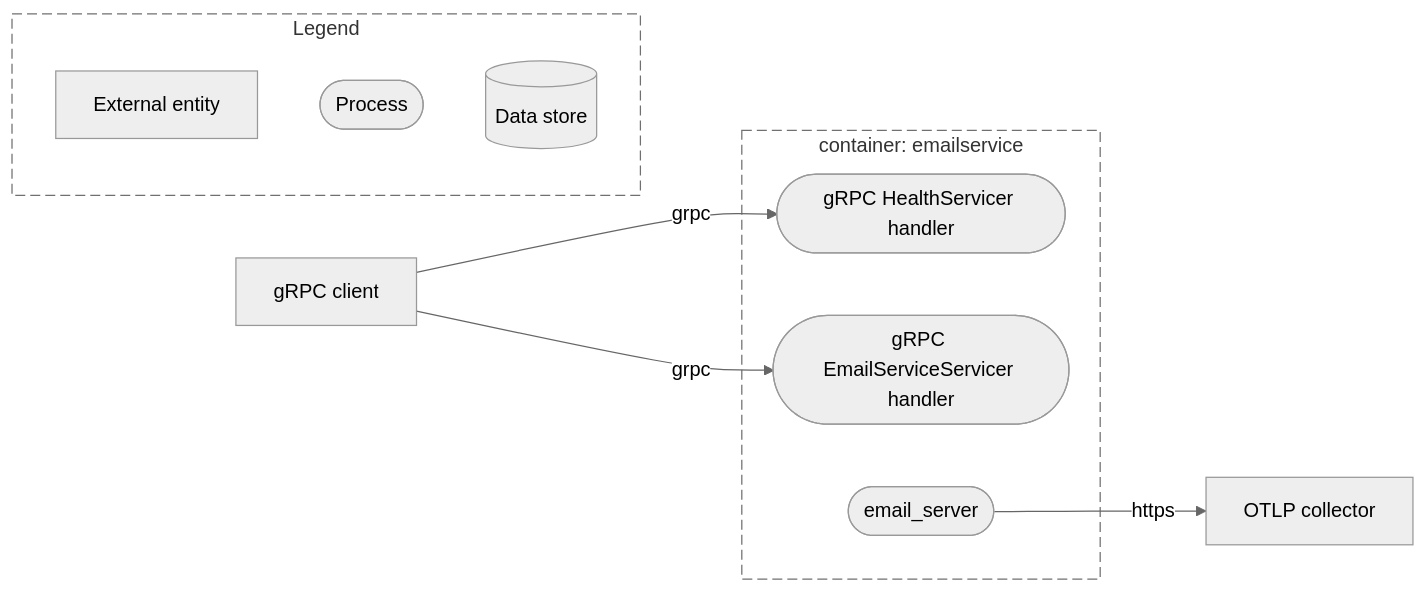
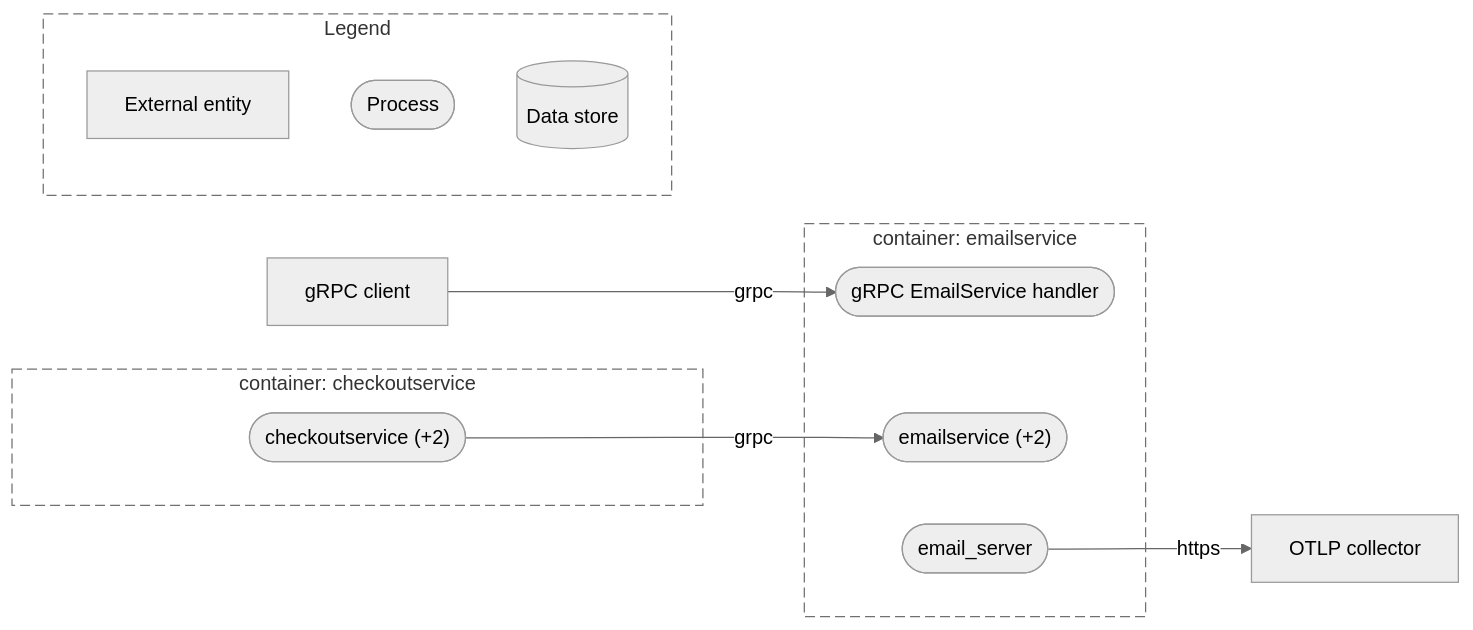
Before and after one commit to AskShri/code2designmapping: the diagram in evaluation/microservices-demo/diagrams/dfd-l2-jubzq4h6n4.mmd, drawn with Mermaid (neutral theme). The commit also changed 164 other files, not shown here.

```diff
--- a/evaluation/microservices-demo/diagrams/dfd-l2-jubzq4h6n4.mmd
+++ b/evaluation/microservices-demo/diagrams/dfd-l2-jubzq4h6n4.mmd
@@ -1,19 +1,23 @@
 %% L2: emailservice
 flowchart LR
+  subgraph bnd_njyecf7fkf["container: checkoutservice"]
+    proc_cs5kcq4nvf(["checkoutservice (+2)"])
+  end
   subgraph bnd_owyzrxhpvm["container: emailservice"]
-    proc_75jd4q6d4k(["gRPC HealthServicer handler"])
-    proc_kg2rjsdf2w(["gRPC EmailServiceServicer handler"])
+    proc_7lgnx7lyho(["gRPC EmailService handler"])
+    proc_jubzq4h6n4(["emailservice (+2)"])
     proc_yru6p2ypcz(["email_server"])
   end
   ext_5glqr7zsb5["OTLP collector"]
   ext_sqc242xzn7["gRPC client"]
-  ext_sqc242xzn7 -->|"grpc"| proc_75jd4q6d4k
-  ext_sqc242xzn7 -->|"grpc"| proc_kg2rjsdf2w
+  ext_sqc242xzn7 -->|"grpc"| proc_7lgnx7lyho
+  proc_cs5kcq4nvf -->|"grpc"| proc_jubzq4h6n4
   proc_yru6p2ypcz -->|"https"| ext_5glqr7zsb5
+  style bnd_njyecf7fkf stroke-dasharray: 8 4,fill:none
   style bnd_owyzrxhpvm stroke-dasharray: 8 4,fill:none
   subgraph legend["Legend"]
     lg_e["External entity"]
     lg_p(["Process"])
     lg_s[("Data store")]
   end
   style legend stroke-dasharray: 8 4,fill:none
```
